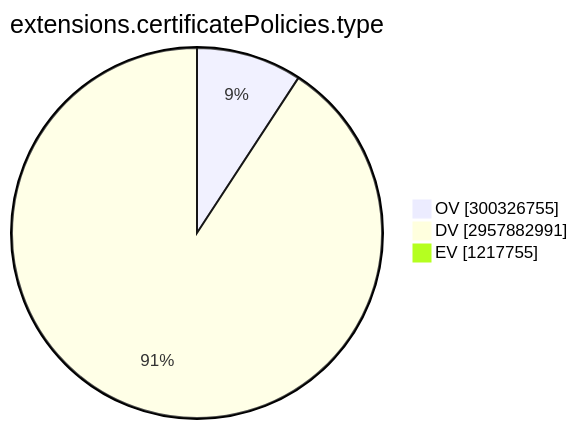
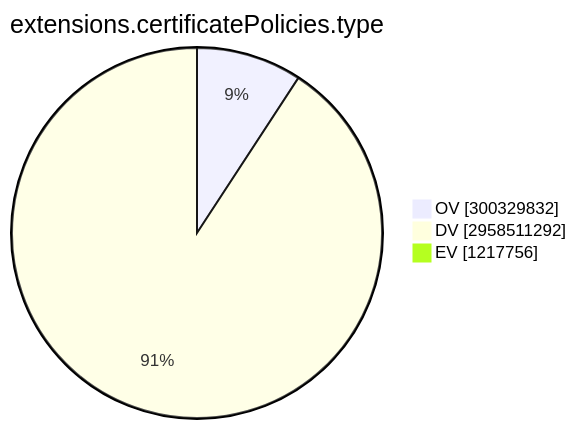
Before and after one commit to christiankrug/ctmonitor_visualization: the ninth of 15 diagrams in TOTAL/README.md, drawn with Mermaid. The commit also changed other lines of this file, not shown here.

````diff
--- a/TOTAL/README.md
+++ b/TOTAL/README.md
@@ -3101,7 +3101,7 @@
 ```mermaid
 pie showData
 title extensions.certificatePolicies.type
-"OV" :300326755
-"DV" :2957882991
-"EV" :1217755
+"OV" :300329832
+"DV" :2958511292
+"EV" :1217756
 ```
````
